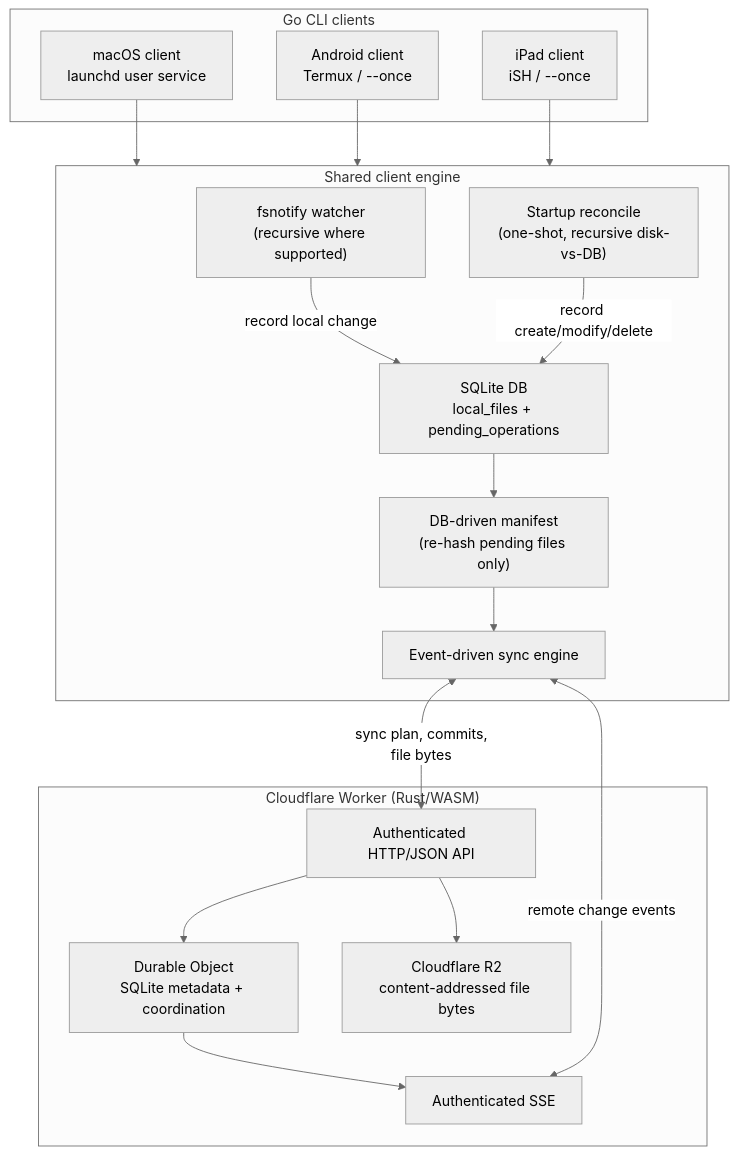
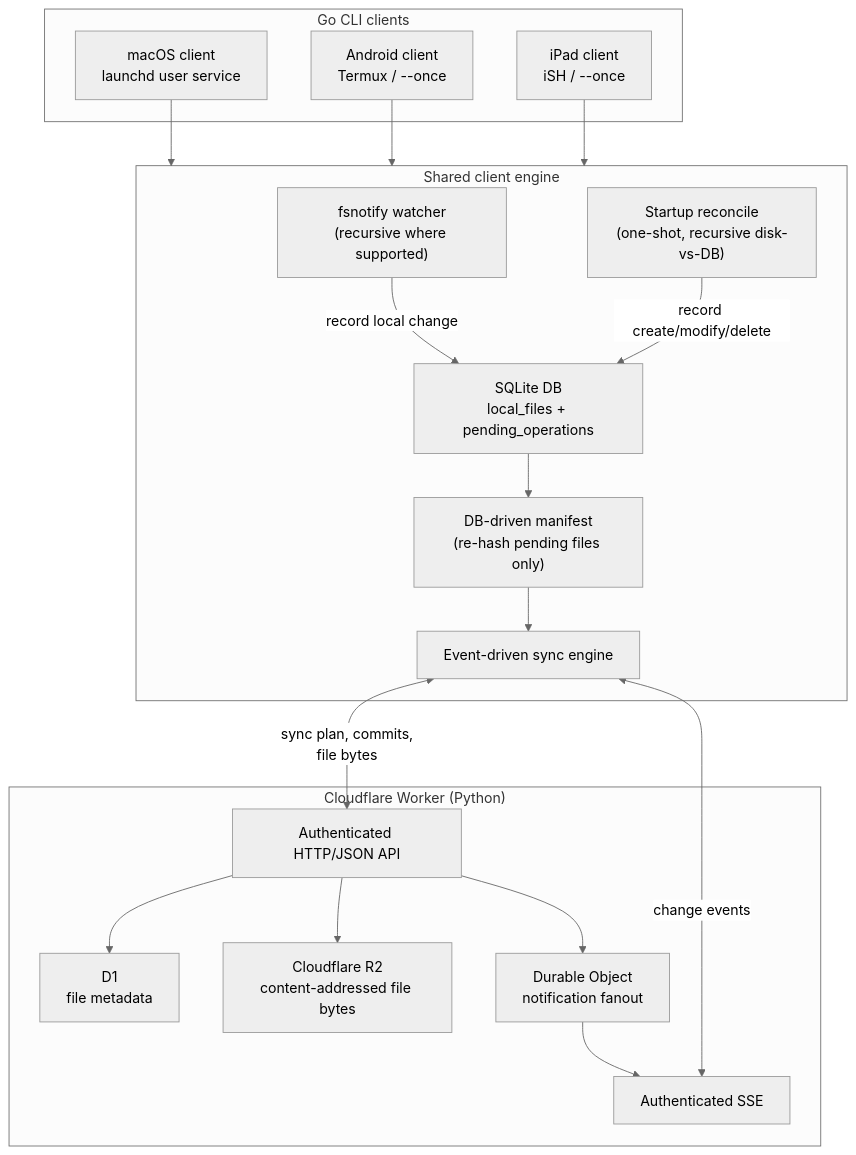
The diagram in README.md (ShivangNagta/data_sync), drawn with Mermaid (neutral theme) before and after one commit. The commit also changed other lines of this file and 12 other files, not shown here.

Commit message:
SERVER: Add python sync server using python cloudflare workers

````diff
--- a/README.md
+++ b/README.md
@@ -7,39 +7,41 @@
 ```mermaid
 flowchart TB
     subgraph Clients["Go CLI clients"]
         Mac["macOS client<br/>launchd user service"]
         Android["Android client<br/>Termux / --once"]
         IPad["iPad client<br/>iSH / --once"]
     end
 
     subgraph Client["Shared client engine"]
         Watcher["fsnotify watcher<br/>(recursive where supported)"]
         Reconcile["Startup reconcile<br/>(one-shot, recursive disk-vs-DB)"]
         LocalDB["SQLite DB<br/>local_files + pending_operations"]
         Manifest["DB-driven manifest<br/>(re-hash pending files only)"]
         SyncEngine["Event-driven sync engine"]
 
         Watcher -->|"record local change"| LocalDB
         Reconcile -->|"record create/modify/delete"| LocalDB
         LocalDB --> Manifest
         Manifest --> SyncEngine
     end
 
-    subgraph Worker["Cloudflare Worker (Rust/WASM)"]
+    subgraph Worker["Cloudflare Worker (Python)"]
         API["Authenticated HTTP/JSON API"]
-        DurableObject["Durable Object<br/>SQLite metadata + coordination"]
+        D1["D1<br/>file metadata"]
         R2["Cloudflare R2<br/>content-addressed file bytes"]
+        EventHub["Durable Object<br/>notification fanout"]
         Events["Authenticated SSE"]
 
-        API --> DurableObject
+        API --> D1
         API --> R2
-        DurableObject --> Events
+        API --> EventHub
+        EventHub --> Events
     end
 
     Mac --> Client
     Android --> Client
     IPad --> Client
 
     SyncEngine <-->|"sync plan, commits,<br/>file bytes"| API
-    SyncEngine <-->|"remote change events"| Events
+    SyncEngine <-->|"change events"| Events
 ```
````
